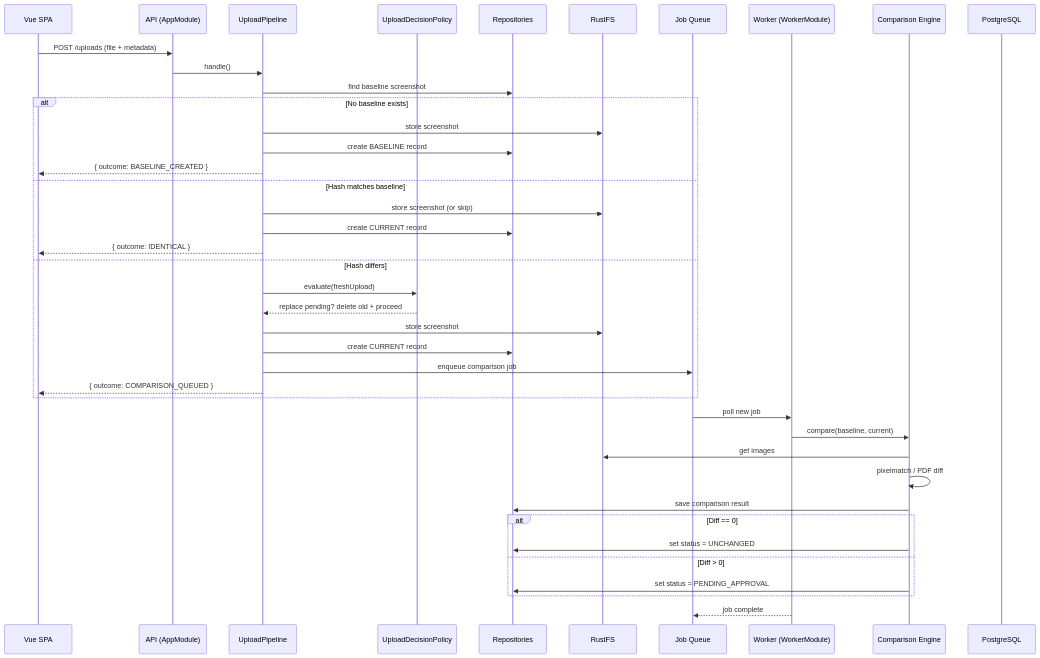
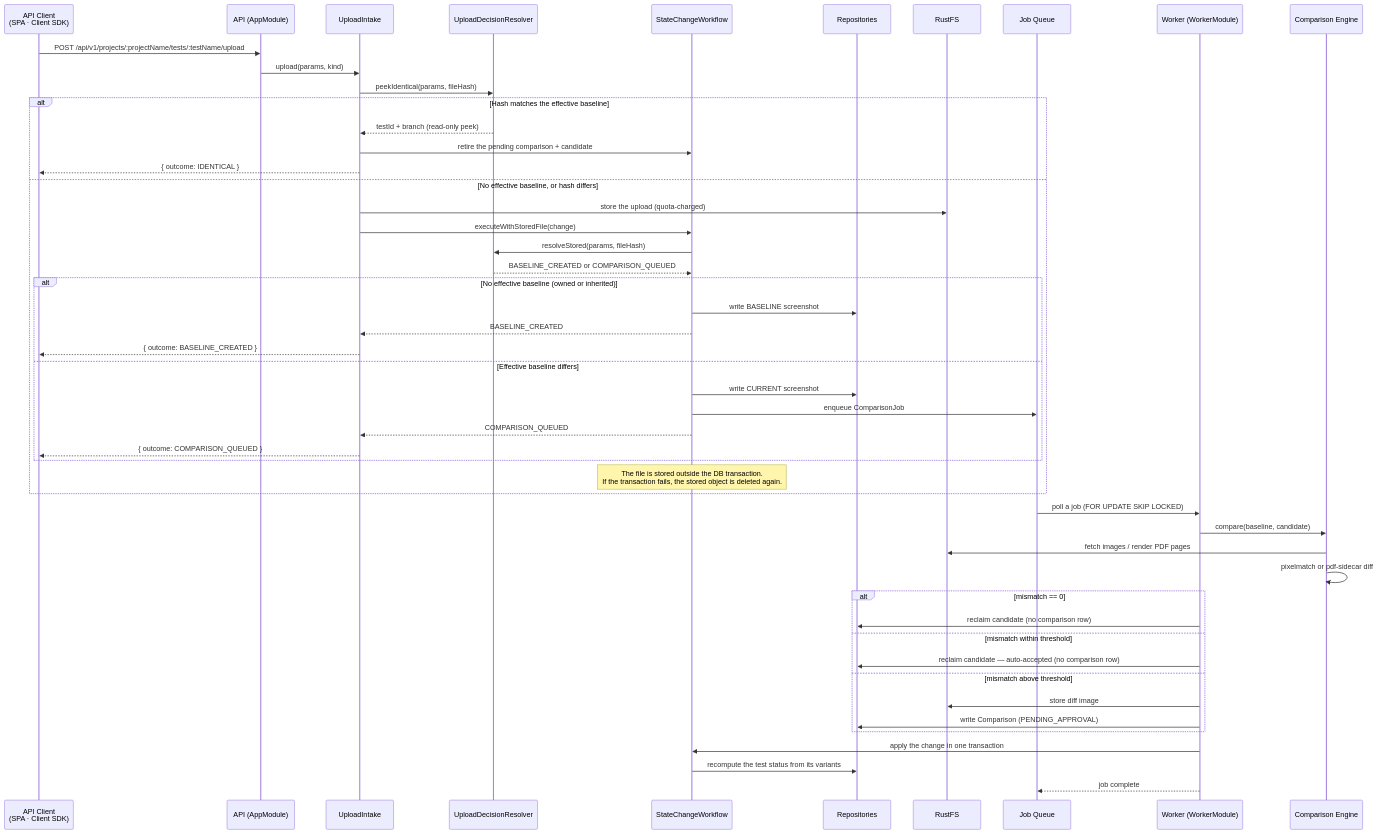
Before and after one commit to Fishkob/visual-regression: the third of 4 diagrams in docs/architecture/overview.md, drawn with Mermaid. The commit also changed other lines of this file, not shown here.

First line of the commit message:
docs(architecture): align the overview with the code it describes

````diff
--- a/docs/architecture/overview.md
+++ b/docs/architecture/overview.md
@@ -201,45 +218,54 @@
 ```mermaid
 sequenceDiagram
-  participant Client as Vue SPA
+  participant Client as API Client<br/>(SPA · Client SDK)
   participant API as API (AppModule)
-  participant Pipeline as UploadPipeline
-  participant Policy as UploadDecisionPolicy
+  participant Intake as UploadIntake
+  participant Resolver as UploadDecisionResolver
+  participant Workflow as StateChangeWorkflow
   participant Repo as Repositories
   participant Storage as RustFS
   participant Queue as Job Queue
   participant Worker as Worker (WorkerModule)
   participant Engine as Comparison Engine
-  participant DB as PostgreSQL
 
-  Client->>API: POST /uploads (file + metadata)
-  API->>Pipeline: handle()
-  Pipeline->>Repo: find baseline screenshot
-  alt No baseline exists
-    Pipeline->>Storage: store screenshot
-    Pipeline->>Repo: create BASELINE record
-    Pipeline-->>Client: { outcome: BASELINE_CREATED }
-  else Hash matches baseline
-    Pipeline->>Storage: store screenshot (or skip)
-    Pipeline->>Repo: create CURRENT record
-    Pipeline-->>Client: { outcome: IDENTICAL }
-  else Hash differs
-    Pipeline->>Policy: evaluate(freshUpload)
-    Policy-->>Pipeline: replace pending? delete old + proceed
-    Pipeline->>Storage: store screenshot
-    Pipeline->>Repo: create CURRENT record
-    Pipeline->>Queue: enqueue comparison job
-    Pipeline-->>Client: { outcome: COMPARISON_QUEUED }
+  Client->>API: POST /api/v1/projects/:projectName/tests/:testName/upload
+  API->>Intake: upload(params, kind)
+  Intake->>Resolver: peekIdentical(params, fileHash)
+  alt Hash matches the effective baseline
+    Resolver-->>Intake: testId + branch (read-only peek)
+    Intake->>Workflow: retire the pending comparison + candidate
+    Intake-->>Client: { outcome: IDENTICAL }
+  else No effective baseline, or hash differs
+    Intake->>Storage: store the upload (quota-charged)
+    Intake->>Workflow: executeWithStoredFile(change)
+    Workflow->>Resolver: resolveStored(params, fileHash)
+    Resolver-->>Workflow: BASELINE_CREATED or COMPARISON_QUEUED
+    alt No effective baseline (owned or inherited)
+      Workflow->>Repo: write BASELINE screenshot
+      Workflow-->>Intake: BASELINE_CREATED
+      Intake-->>Client: { outcome: BASELINE_CREATED }
+    else Effective baseline differs
+      Workflow->>Repo: write CURRENT screenshot
+      Workflow->>Queue: enqueue ComparisonJob
+      Workflow-->>Intake: COMPARISON_QUEUED
+      Intake-->>Client: { outcome: COMPARISON_QUEUED }
+    end
+    Note over Workflow: The file is stored outside the DB transaction.<br/>If the transaction fails, the stored object is deleted again.
   end
 
-  Queue->>Worker: poll new job
-  Worker->>Engine: compare(baseline, current)
-  Engine->>Storage: get images
-  Engine->>Engine: pixelmatch / PDF diff
-  Engine->>Repo: save comparison result
-  alt Diff == 0
-    Engine->>Repo: set status = UNCHANGED
-  else Diff > 0
-    Engine->>Repo: set status = PENDING_APPROVAL
+  Queue->>Worker: poll a job (FOR UPDATE SKIP LOCKED)
+  Worker->>Engine: compare(baseline, candidate)
+  Engine->>Storage: fetch images / render PDF pages
+  Engine->>Engine: pixelmatch or pdf-sidecar diff
+  alt mismatch == 0
+    Worker->>Repo: reclaim candidate (no comparison row)
+  else mismatch within threshold
+    Worker->>Repo: reclaim candidate — auto-accepted (no comparison row)
+  else mismatch above threshold
+    Worker->>Storage: store diff image
+    Worker->>Repo: write Comparison (PENDING_APPROVAL)
   end
+  Worker->>Workflow: apply the change in one transaction
+  Workflow->>Repo: recompute the test status from its variants
   Worker-->>Queue: job complete
 ```
````
